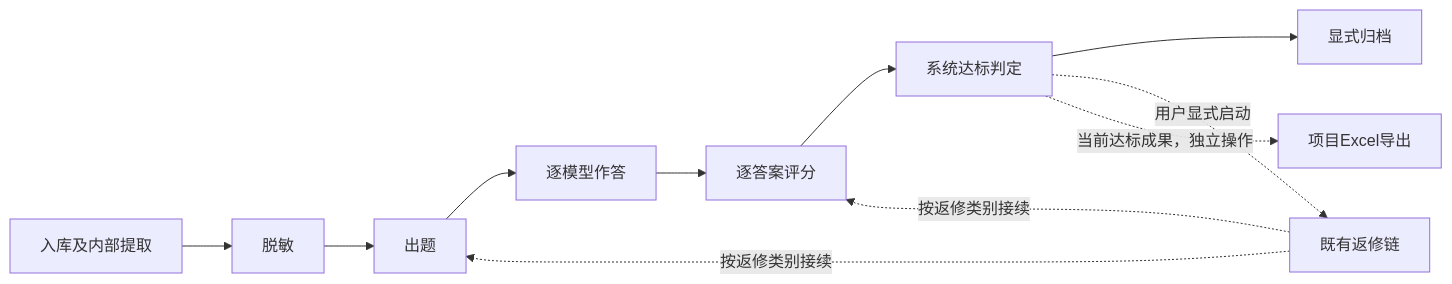
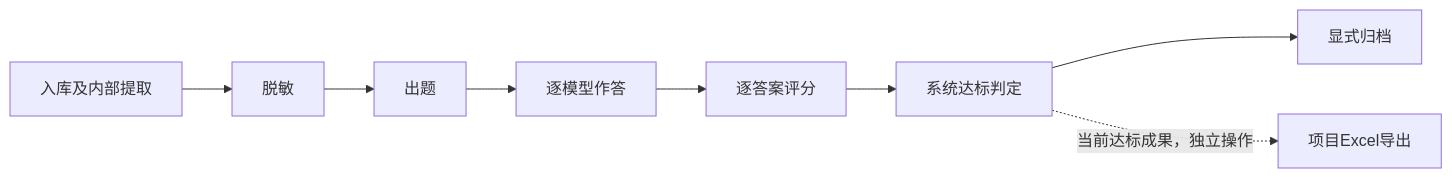
One commit to oushihao08/ai-distill changed the diagram in skill/MAP.md. Above: the diagram before and after it, drawn with Mermaid. The commit also changed other lines of this file and 424 other files, not shown here.

````diff
--- a/skill/MAP.md
+++ b/skill/MAP.md
@@ -31,13 +32,10 @@
 ```mermaid
 flowchart LR
   I[入库及内部提取] --> R[脱敏]
   R --> Q[出题]
   Q --> A[逐模型作答]
   A --> S[逐答案评分]
   S --> D[系统达标判定]
   D --> P[显式归档]
-  D -. 用户显式启动 .-> V[既有返修链]
-  V -. 按返修类别接续 .-> Q
-  V -. 按返修类别接续 .-> S
   D -. 当前达标成果，独立操作 .-> E[项目Excel导出]
 ```
````
